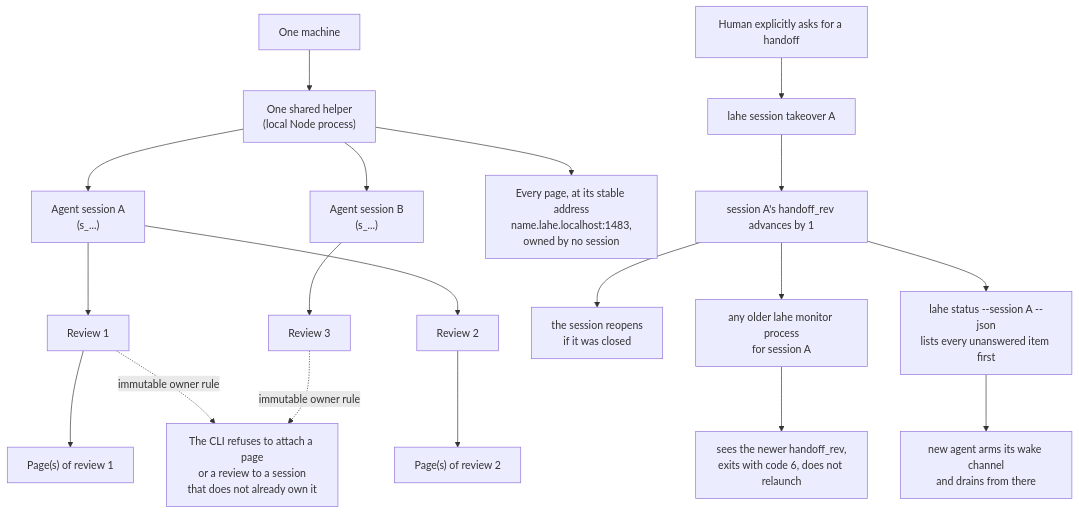
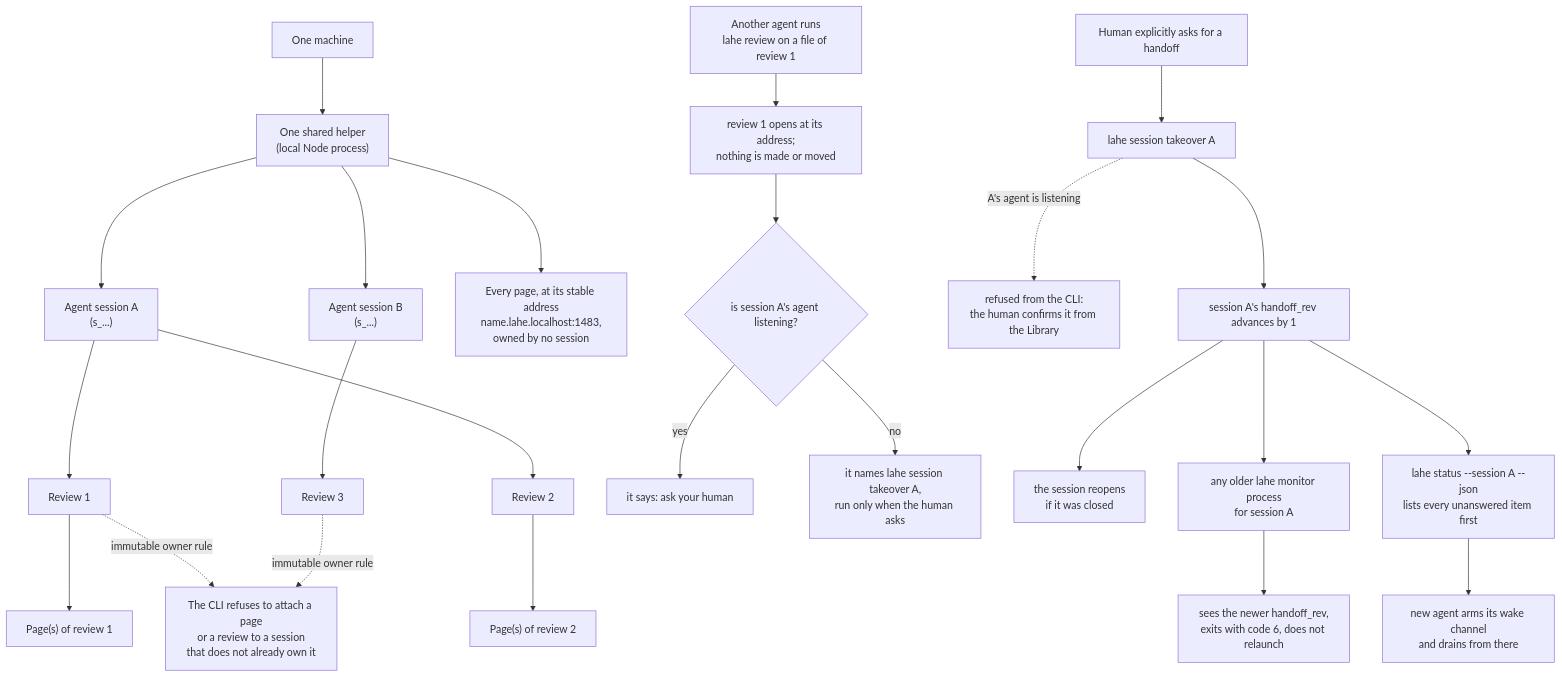
Before and after one commit to kenxle/live-agentic-html-editor: the first of 3 diagrams in docs/diagrams/session_ownership.md, drawn with Mermaid. The commit also changed other lines of this file and 10 other files, not shown here.

````diff
--- a/docs/diagrams/session_ownership.md
+++ b/docs/diagrams/session_ownership.md
@@ -8,28 +8,34 @@
 ```mermaid
 flowchart TD
     Machine["One machine"] --> Helper["One shared helper<br/>(local Node process)"]
 
     Helper --> SessA["Agent session A<br/>(s_...)"]
     Helper --> SessB["Agent session B<br/>(s_...)"]
 
     SessA --> RevA1["Review 1"]
     SessA --> RevA2["Review 2"]
     RevA1 --> PageA1["Page(s) of review 1"]
     RevA2 --> PageA2["Page(s) of review 2"]
     Helper --> Pages["Every page, at its stable address<br/>name.lahe.localhost:1483,<br/>owned by no session"]
 
     SessB --> RevB1["Review 3"]
     
 
     Refuse["The CLI refuses to attach a page<br/>or a review to a session<br/>that does not already own it"]
     RevA1 -.->|"immutable owner rule"| Refuse
     RevB1 -.->|"immutable owner rule"| Refuse
 
+    OtherAgent["Another agent runs<br/>lahe review on a file of review 1"] --> Opened["review 1 opens at its address;<br/>nothing is made or moved"]
+    Opened --> Listening{"is session A's agent listening?"}
+    Listening -->|"yes"| AskHuman["it says: ask your human"]
+    Listening -->|"no"| Named["it names lahe session takeover A,<br/>run only when the human asks"]
+
     Human["Human explicitly asks for a handoff"] --> Takeover["lahe session takeover A"]
+    Takeover -.->|"A's agent is listening"| RefusedCLI["refused from the CLI:<br/>the human confirms it from the Library"]
     Takeover --> Fence["session A's handoff_rev advances by 1"]
     Fence --> Reopen["the session reopens<br/>if it was closed"]
     Fence --> OldMonitor["any older lahe monitor process<br/>for session A"]
     OldMonitor --> Exit6["sees the newer handoff_rev,<br/>exits with code 6, does not relaunch"]
     Fence --> Catchup["lahe status --session A --json<br/>lists every unanswered item first"]
     Catchup --> NewAgent["new agent arms its wake channel<br/>and drains from there"]
 ```
````
